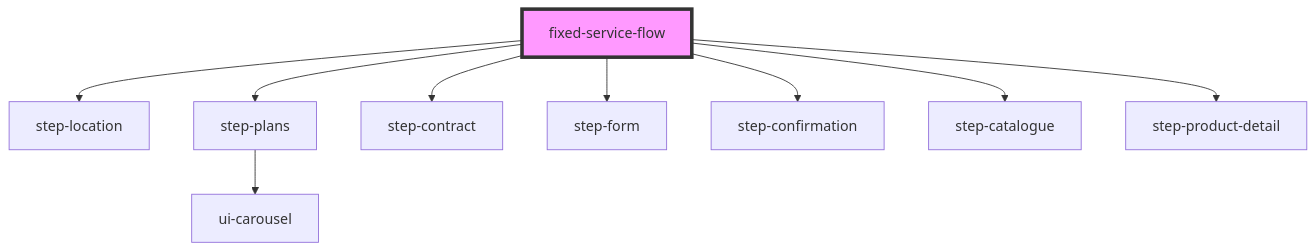
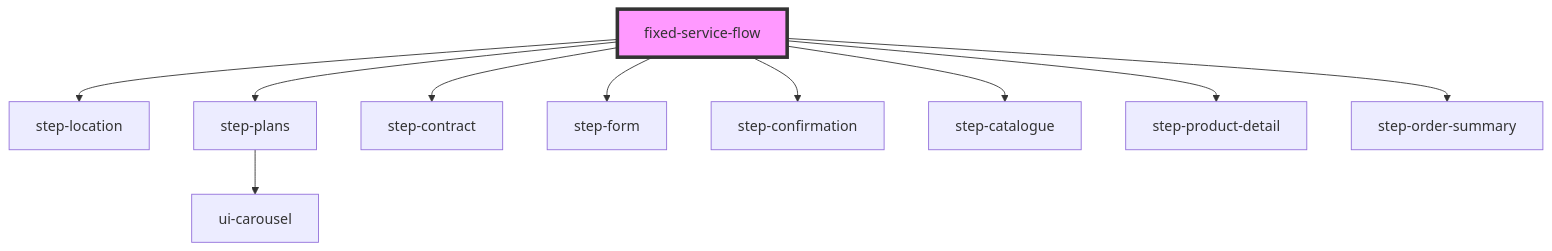
One commit to smlzjosue/fixed-service-flow-web-component changed the diagram in fixed-flow-labs/fixed-service-flow/src/components/fixed-service-flow/readme.md. Above: the diagram before and after it, drawn with Mermaid. The commit also changed other lines of this file and 5 other files, not shown here.

First line of the commit message:
feat: add step-order-summary component for CLARO HOGAR flow

````diff
--- a/fixed-flow-labs/fixed-service-flow/src/components/fixed-service-flow/readme.md
+++ b/fixed-flow-labs/fixed-service-flow/src/components/fixed-service-flow/readme.md
@@ -42,12 +43,13 @@
 ```mermaid
 graph TD;
   fixed-service-flow --> step-location
   fixed-service-flow --> step-plans
   fixed-service-flow --> step-contract
   fixed-service-flow --> step-form
   fixed-service-flow --> step-confirmation
   fixed-service-flow --> step-catalogue
   fixed-service-flow --> step-product-detail
+  fixed-service-flow --> step-order-summary
   step-plans --> ui-carousel
   style fixed-service-flow fill:#f9f,stroke:#333,stroke-width:4px
 ```
````
